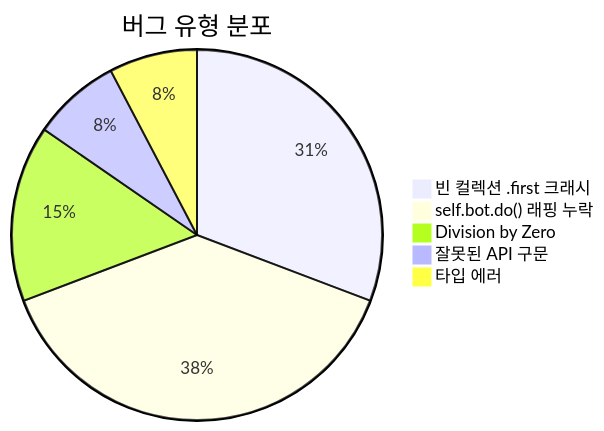
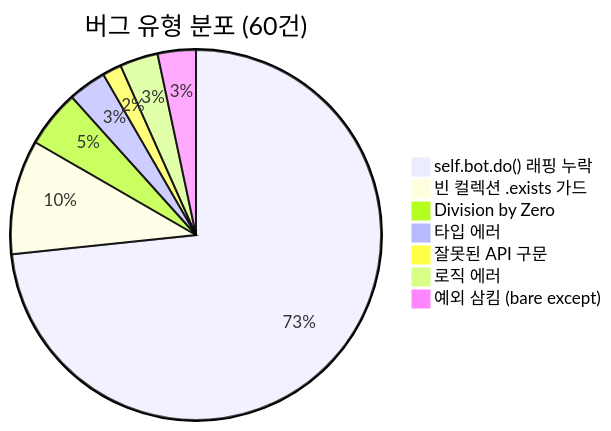
Before and after one commit to sun475300-sudo/Swarm-control-in-sc2bot: diagram 21 of 29 in README.md, drawn with Mermaid. The commit also changed other lines of this file and 9 other files, not shown here.

````diff
--- a/README.md
+++ b/README.md
@@ -339,8 +602,10 @@
 ```mermaid
-pie title 버그 유형 분포
-    "빈 컬렉션 .first 크래시" : 4
-    "self.bot.do() 래핑 누락" : 5
-    "Division by Zero" : 2
+pie title 버그 유형 분포 (60건)
+    "self.bot.do() 래핑 누락" : 44
+    "빈 컬렉션 .exists 가드" : 6
+    "Division by Zero" : 3
+    "타입 에러" : 2
     "잘못된 API 구문" : 1
-    "타입 에러" : 1
+    "로직 에러" : 2
+    "예외 삼킴 (bare except)" : 2
 ```
````
